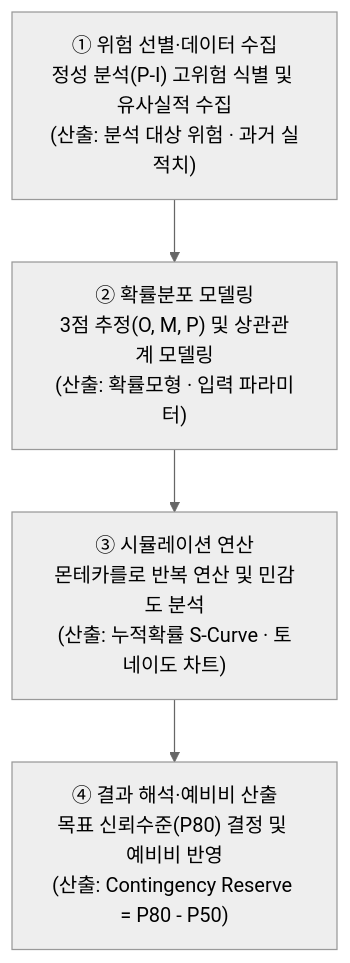
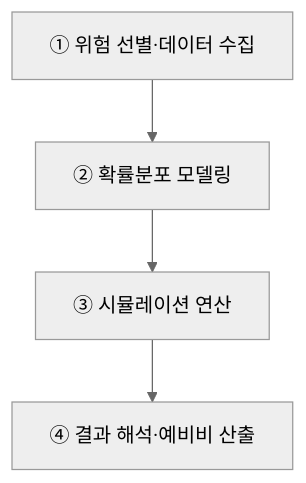
The third of 3 diagrams in src/content/docs/notes/itpe/01-it-strategy/073_quantitative_risk_analysis.md (agnusdei1207/study), drawn with Mermaid (neutral theme) before and after one commit. The commit also changed other lines of this file and 19 other files, not shown here.

````diff
--- a/src/content/docs/notes/itpe/01-it-strategy/073_quantitative_risk_analysis.md
+++ b/src/content/docs/notes/itpe/01-it-strategy/073_quantitative_risk_analysis.md
@@ -151,9 +138,4 @@
 ```mermaid
 flowchart TD
-    S1["① 위험 선별·데이터 수집<br/>정성 분석(P-I) 고위험 식별 및 유사실적 수집<br/>(산출: 분석 대상 위험 · 과거 실적치)"]
-    S2["② 확률분포 모델링<br/>3점 추정(O, M, P) 및 상관관계 모델링<br/>(산출: 확률모형 · 입력 파라미터)"]
-    S3["③ 시뮬레이션 연산<br/>몬테카를로 반복 연산 및 민감도 분석<br/>(산출: 누적확률 S-Curve · 토네이도 차트)"]
-    S4["④ 결과 해석·예비비 산출<br/>목표 신뢰수준(P80) 결정 및 예비비 반영<br/>(산출: Contingency Reserve = P80 - P50)"]
-
-    S1 --> S2 --> S3 --> S4
+    S1["① 위험 선별·데이터 수집"] --> S2["② 확률분포 모델링"] --> S3["③ 시뮬레이션 연산"] --> S4["④ 결과 해석·예비비 산출"]
 ```
````
